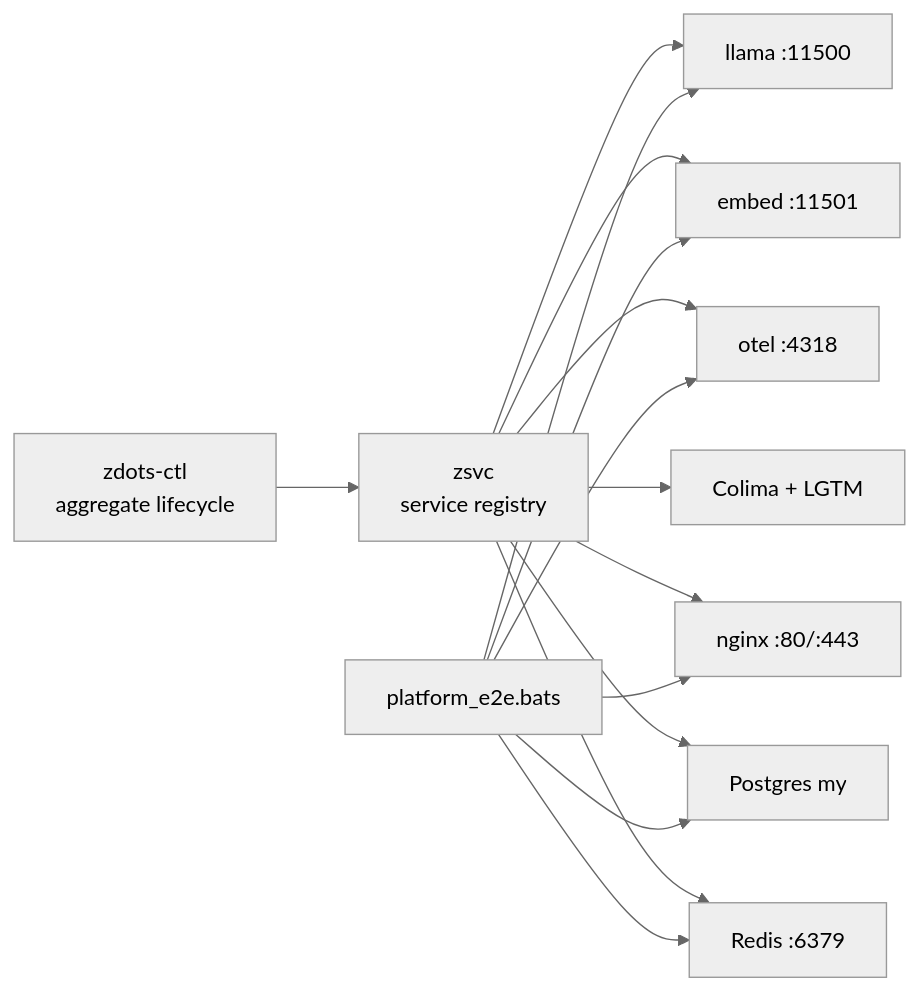
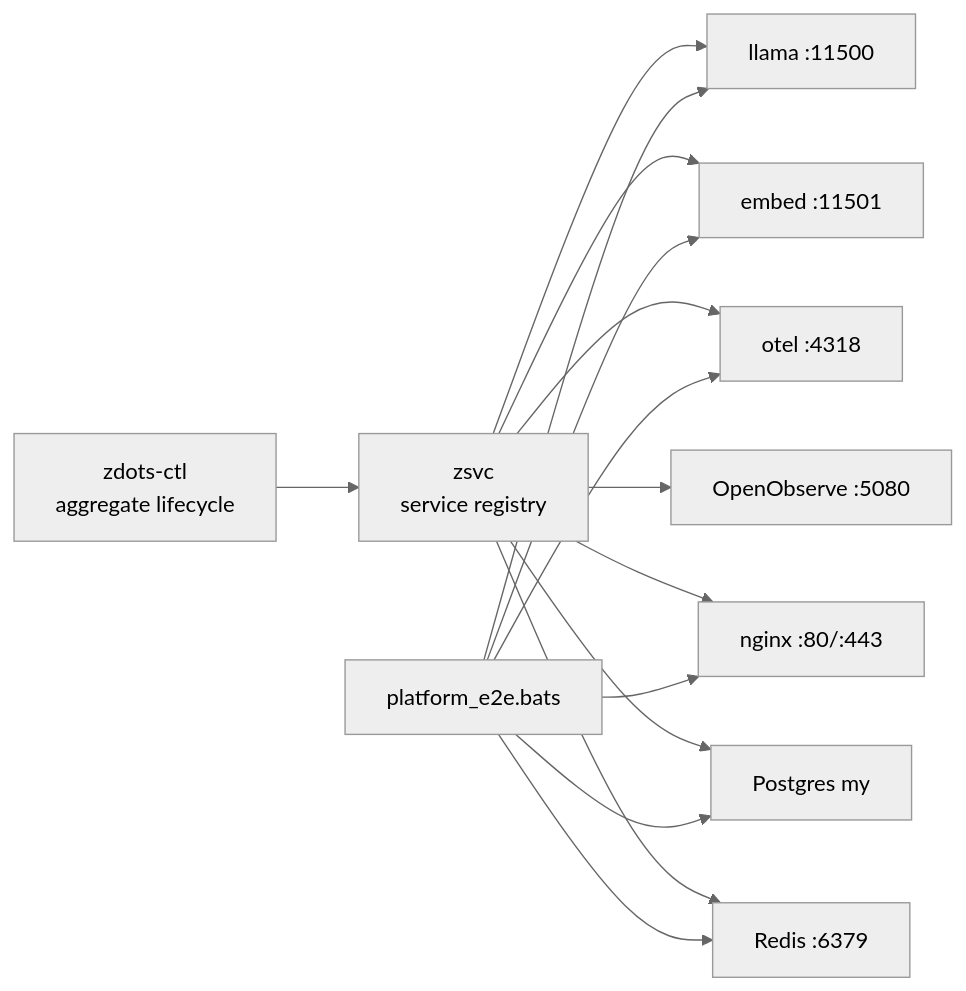
One commit to just3ws/zdots changed the diagram in docs/wiki/System-Map.md. Above: the diagram before and after it, drawn with Mermaid (neutral theme). The commit also changed 20 other files, not shown here.

First line of the commit message:
docs(obs): Phase 6 — docs + doctor sweep for OpenObserve (Z-134)

````diff
--- a/docs/wiki/System-Map.md
+++ b/docs/wiki/System-Map.md
@@ -34,17 +34,17 @@
 ```mermaid
 flowchart LR
     ctl["zdots-ctl\naggregate lifecycle"] --> zsvc["zsvc\nservice registry"]
     zsvc --> ai["llama :11500"]
     zsvc --> embed["embed :11501"]
     zsvc --> otel["otel :4318"]
-    zsvc --> colima["Colima + LGTM"]
+    zsvc --> o2["OpenObserve :5080"]
     zsvc --> nginx["nginx :80/:443"]
     zsvc --> pg["Postgres my"]
     zsvc --> redis["Redis :6379"]
     e2e["platform_e2e.bats"] --> ai
     e2e --> embed
     e2e --> otel
     e2e --> pg
     e2e --> redis
     e2e --> nginx
 ```
````
